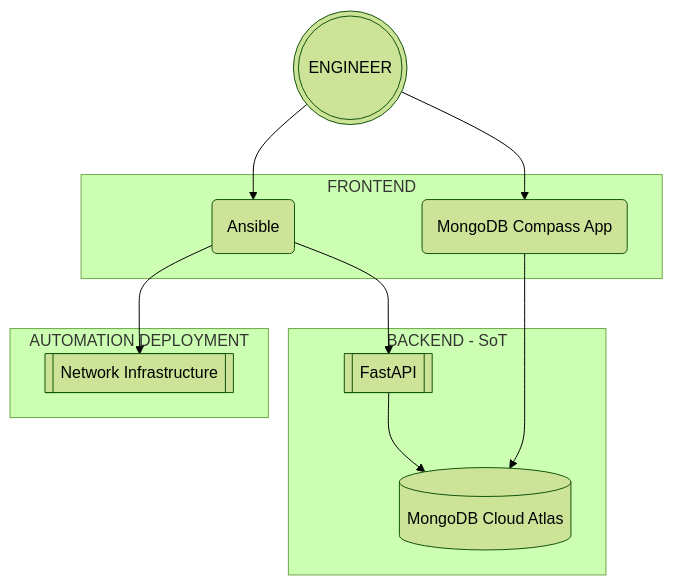
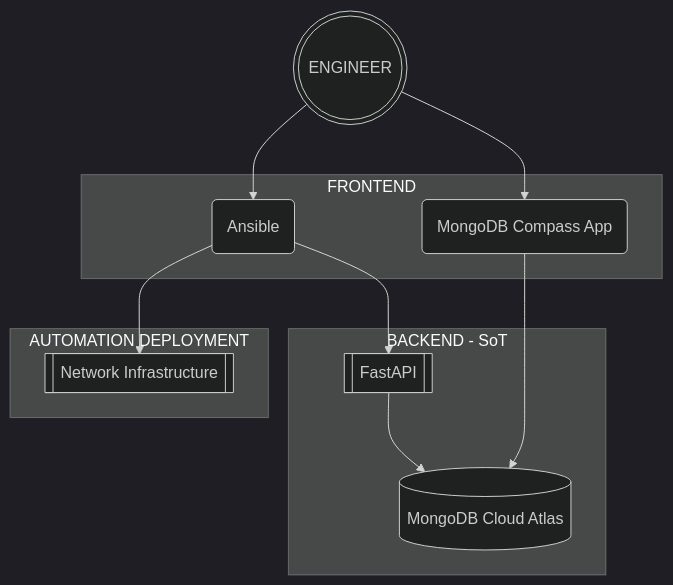
The diagram in diagrams/automation_framework.md (jnaranjom/iac_network_deployment), drawn with Mermaid before and after one commit.

````diff
--- a/diagrams/automation_framework.md
+++ b/diagrams/automation_framework.md
@@ -3,24 +3,24 @@
 ```mermaid
-%%{init: {'theme':'forest'}}%%
+%%{init: {'theme':'dark'}}%%
 
 flowchart TB
     A[(MongoDB Cloud Atlas)]
     B[[FastAPI]]
     C(MongoDB Compass App)
     D(Ansible)
     E[[Network Infrastructure]]
     F(((ENGINEER)))
     subgraph BACKEND - SoT
         B --> A
     end
     subgraph FRONTEND
         C --> A
         D --> B
     end
     F --> C
     F --> D
     subgraph AUTOMATION DEPLOYMENT
         D --> E
     end
 
 ```
````
